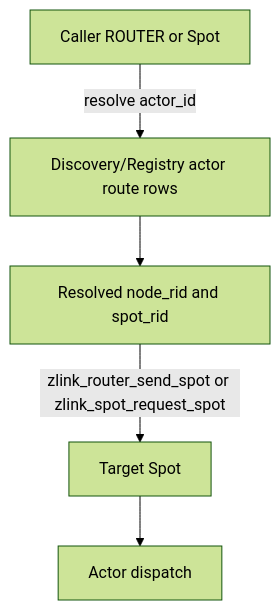
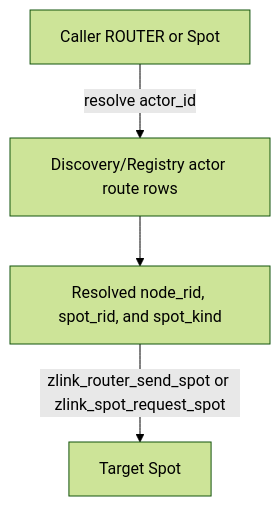
One commit to kairos-code-dev/zlink changed the diagram in doc/spec/draft/actor-spot-route-messaging.ko.md. Above: the diagram before and after it, drawn with Mermaid (forest theme). The commit also changed other lines of this file, not shown here.

Commit message:
docs: tighten actor spot route draft

````diff
--- a/doc/spec/draft/actor-spot-route-messaging.ko.md
+++ b/doc/spec/draft/actor-spot-route-messaging.ko.md
@@ -60,13 +429,11 @@
 ```mermaid
 flowchart TD
     Caller["Caller ROUTER or Spot"]
     Registry["Discovery/Registry actor route rows"]
-    Route["Resolved node_rid and spot_rid"]
+    Route["Resolved node_rid, spot_rid, and spot_kind"]
     Spot["Target Spot"]
-    Actor["Actor dispatch"]
 
     Caller -->|"resolve actor_id"| Registry
     Registry --> Route
     Route -->|"zlink_router_send_spot or zlink_spot_request_spot"| Spot
-    Spot --> Actor
 ```
````
